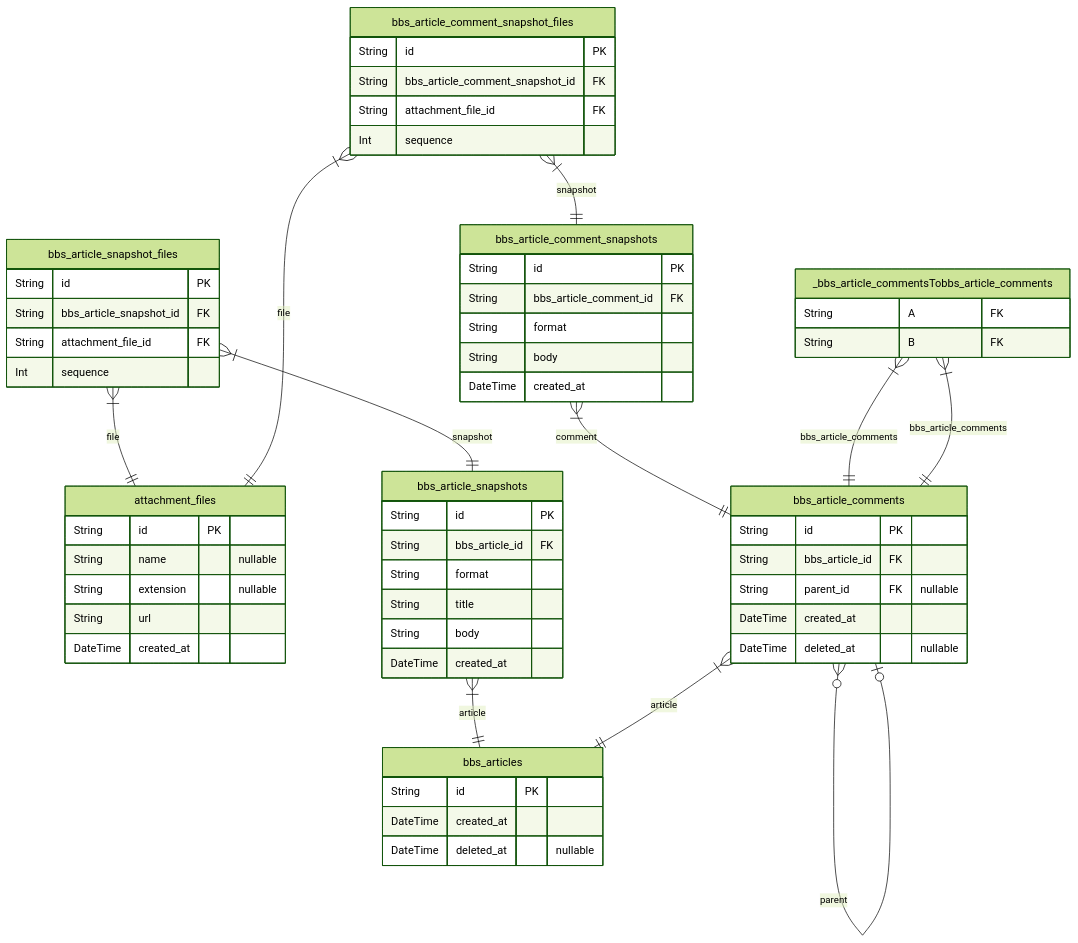
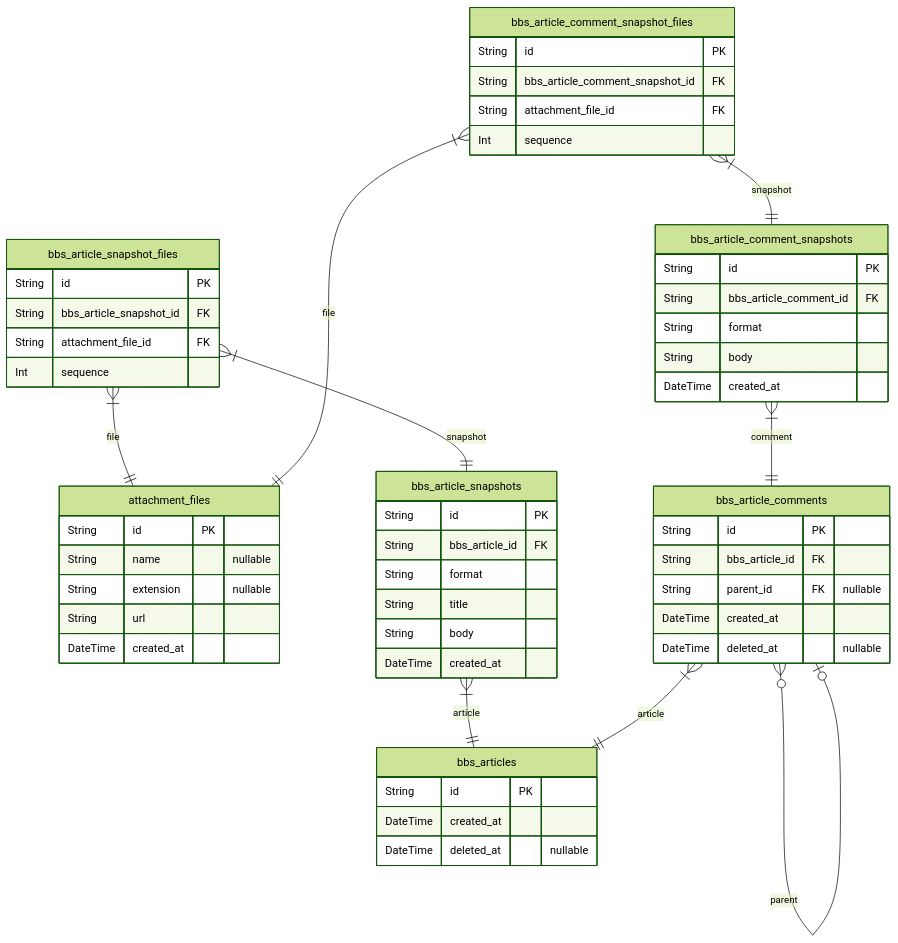
One commit to samchon/nestia-auto-crud-example changed the diagram in docs/ERD.md. Above: the diagram before and after it, drawn with Mermaid (forest theme). The commit also changed other lines of this file and 17 other files, not shown here.

````diff
--- a/docs/ERD.md
+++ b/docs/ERD.md
@@ -8,63 +8,57 @@
 ```mermaid
 erDiagram
 "attachment_files" {
     String id PK
     String name "nullable"
     String extension "nullable"
     String url
     DateTime created_at
 }
 "bbs_articles" {
     String id PK
     DateTime created_at
     DateTime deleted_at "nullable"
 }
 "bbs_article_snapshots" {
     String id PK
     String bbs_article_id FK
     String format
     String title
     String body
     DateTime created_at
 }
 "bbs_article_snapshot_files" {
     String id PK
     String bbs_article_snapshot_id FK
     String attachment_file_id FK
     Int sequence
 }
 "bbs_article_comments" {
     String id PK
     String bbs_article_id FK
     String parent_id FK "nullable"
     DateTime created_at
     DateTime deleted_at "nullable"
 }
 "bbs_article_comment_snapshots" {
     String id PK
     String bbs_article_comment_id FK
     String format
     String body
     DateTime created_at
 }
 "bbs_article_comment_snapshot_files" {
     String id PK
     String bbs_article_comment_snapshot_id FK
     String attachment_file_id FK
     Int sequence
 }
-"_bbs_article_commentsTobbs_article_comments" {
-    String A FK
-    String B FK
-}
 "bbs_article_snapshots" }|--|| "bbs_articles" : article
 "bbs_article_snapshot_files" }|--|| "bbs_article_snapshots" : snapshot
 "bbs_article_snapshot_files" }|--|| "attachment_files" : file
 "bbs_article_comments" }|--|| "bbs_articles" : article
 "bbs_article_comments" }o--o| "bbs_article_comments" : parent
 "bbs_article_comment_snapshots" }|--|| "bbs_article_comments" : comment
 "bbs_article_comment_snapshot_files" }|--|| "bbs_article_comment_snapshots" : snapshot
 "bbs_article_comment_snapshot_files" }|--|| "attachment_files" : file
-"_bbs_article_commentsTobbs_article_comments" }|--|| "bbs_article_comments" : bbs_article_comments
-"_bbs_article_commentsTobbs_article_comments" }|--|| "bbs_article_comments" : bbs_article_comments
 ```
````
